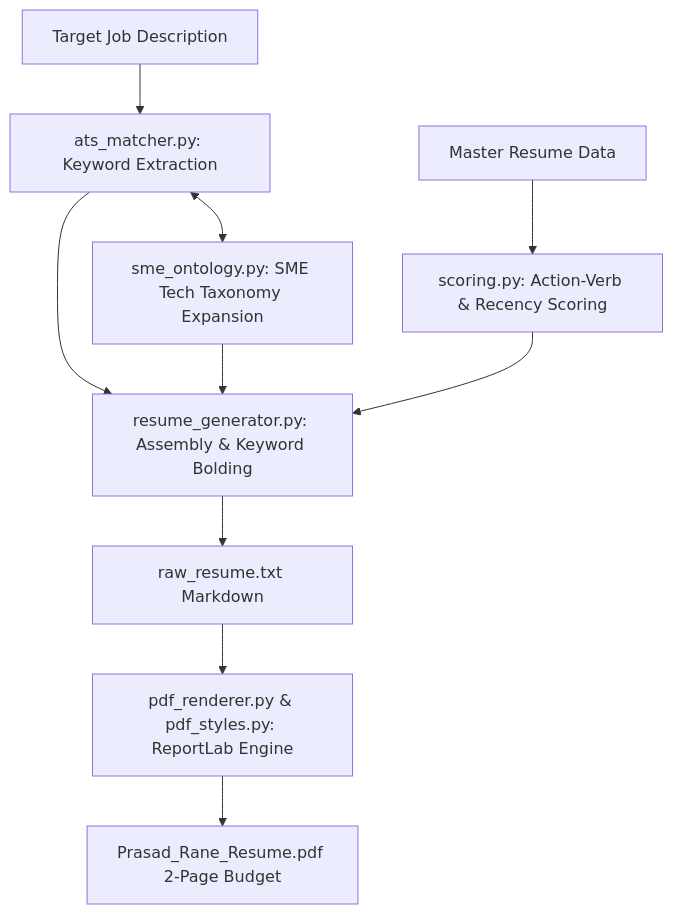
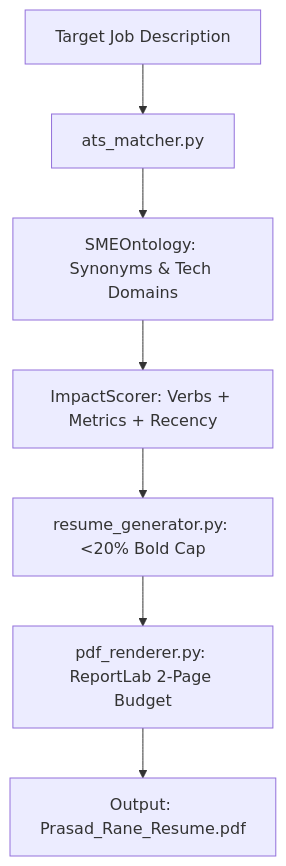
One commit to prasadrane/Prasad-Resumes-GraphRAG changed the diagram in docs/hierarchical/src/generators/README.md. Above: the diagram before and after it, drawn with Mermaid. The commit also changed other lines of this file and 18 other files, not shown here.

````diff
--- a/docs/hierarchical/src/generators/README.md
+++ b/docs/hierarchical/src/generators/README.md
@@ -14,10 +31,9 @@
 ```mermaid
-graph TD
-    A[Target Job Description] --> B[ats_matcher.py: Keyword Extraction]
-    B <--> C[sme_ontology.py: SME Tech Taxonomy Expansion]
-    D[Master Resume Data] --> E[scoring.py: Action-Verb & Recency Scoring]
-    B & C & E --> F[resume_generator.py: Assembly & Keyword Bolding]
-    F --> G[raw_resume.txt Markdown]
-    G --> H[pdf_renderer.py & pdf_styles.py: ReportLab Engine]
-    H --> I[Prasad_Rane_Resume.pdf 2-Page Budget]
+flowchart TD
+    JD["Target Job Description"] --> ATS[ats_matcher.py]
+    ATS --> Onto[SMEOntology: Synonyms & Tech Domains]
+    Onto --> Scorer[ImpactScorer: Verbs + Metrics + Recency]
+    Scorer --> Gen[resume_generator.py: <20% Bold Cap]
+    Gen --> PDF[pdf_renderer.py: ReportLab 2-Page Budget]
+    PDF --> Out["Output: Prasad_Rane_Resume.pdf"]
 ```
````
